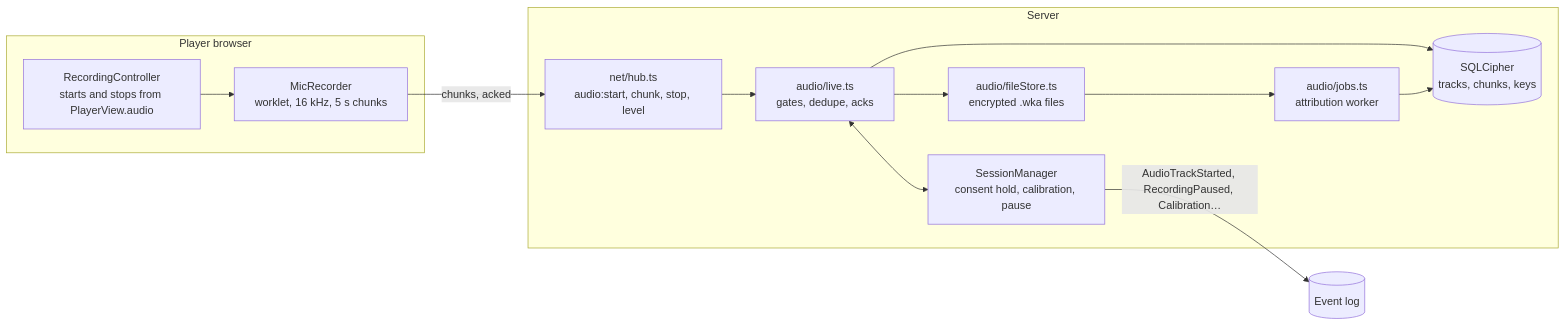
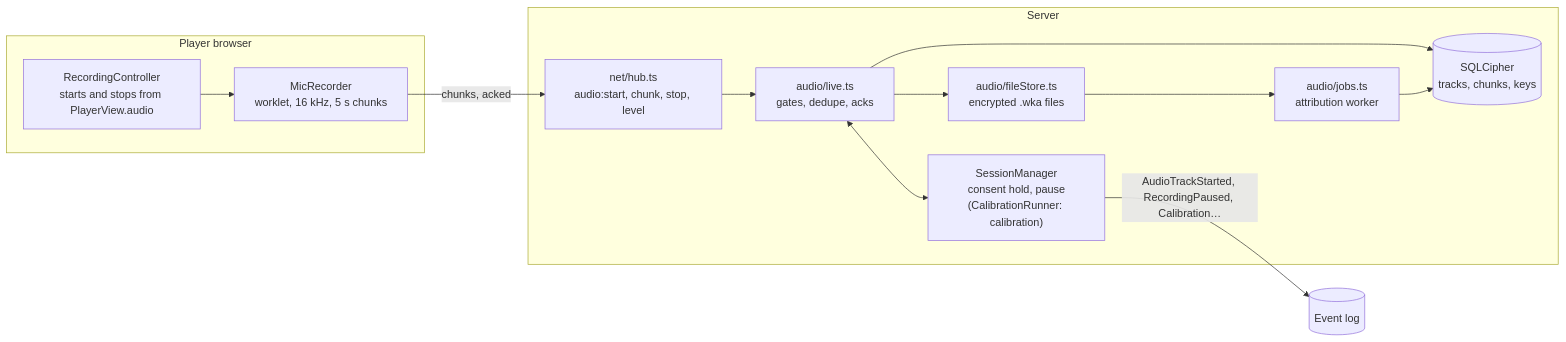
One commit to xy-zak/WhoKnowsWhoActs changed the ninth of 9 diagrams in docs/ARCHITECTURE.md. Above: the diagram before and after it, drawn with Mermaid. The commit also changed other lines of this file and 34 other files, not shown here.

````diff
--- a/docs/ARCHITECTURE.md
+++ b/docs/ARCHITECTURE.md
@@ -638,24 +648,24 @@
 ```mermaid
 flowchart LR
   subgraph Browser["Player browser"]
     REC["RecordingController<br/>starts and stops from PlayerView.audio"]
     ENG["MicRecorder<br/>worklet, 16 kHz, 5 s chunks"]
     REC --> ENG
   end
   subgraph Server["Server"]
     HUB["net/hub.ts<br/>audio:start, chunk, stop, level"]
-    SM["SessionManager<br/>consent hold, calibration, pause"]
+    SM["SessionManager<br/>consent hold, pause<br/>(CalibrationRunner: calibration)"]
     LIVE["audio/live.ts<br/>gates, dedupe, acks"]
     FS["audio/fileStore.ts<br/>encrypted .wka files"]
     DB[("SQLCipher<br/>tracks, chunks, keys")]
     JOB["audio/jobs.ts<br/>attribution worker"]
   end
   ENG -->|"chunks, acked"| HUB
   HUB --> LIVE
   LIVE <--> SM
   LIVE --> FS
   LIVE --> DB
   FS --> JOB
   JOB --> DB
   SM -->|"AudioTrackStarted, RecordingPaused, Calibration…"| LOG[("Event log")]
 ```
````
